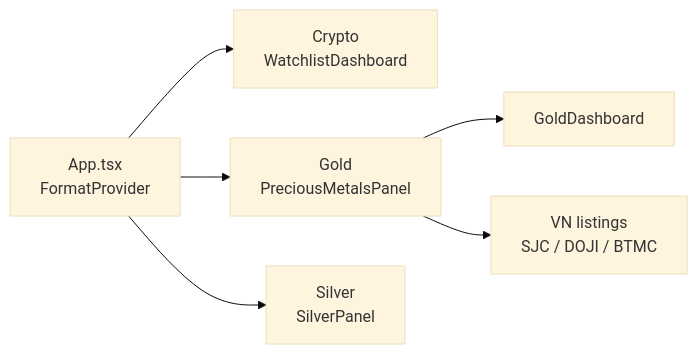
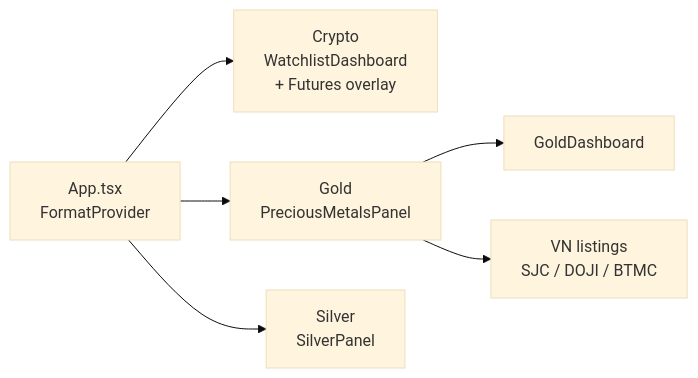
Before and after one commit to hoanghieu512/Crypto_Desktop_Widget: the second of 6 diagrams in PROJECT_OVERVIEW.md, drawn with Mermaid (base theme). The commit also changed other lines of this file and 11 other files, not shown here.

````diff
--- a/PROJECT_OVERVIEW.md
+++ b/PROJECT_OVERVIEW.md
@@ -91,10 +97,10 @@
 ```mermaid
 flowchart LR
   APP["App.tsx\nFormatProvider"]
-  APP --> C["Crypto\nWatchlistDashboard"]
+  APP --> C["Crypto\nWatchlistDashboard\n+ Futures overlay"]
   APP --> G["Gold\nPreciousMetalsPanel"]
   APP --> S["Silver\nSilverPanel"]
 
   G --> GD["GoldDashboard"]
   G --> LIST["VN listings\nSJC / DOJI / BTMC"]
 ```
````
